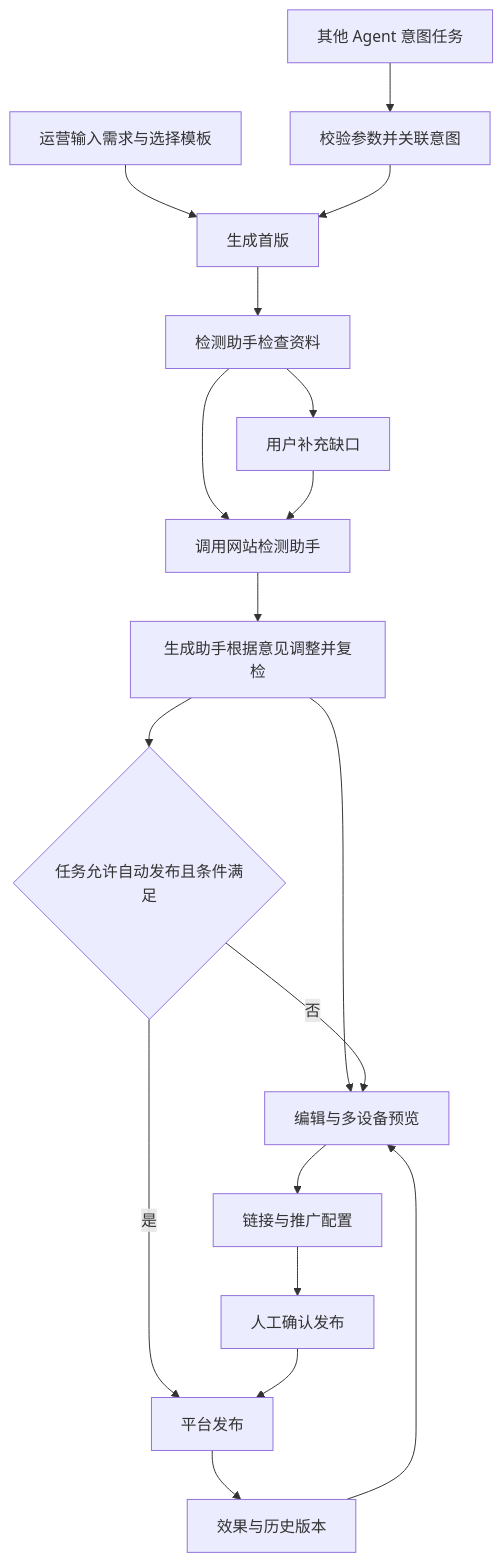
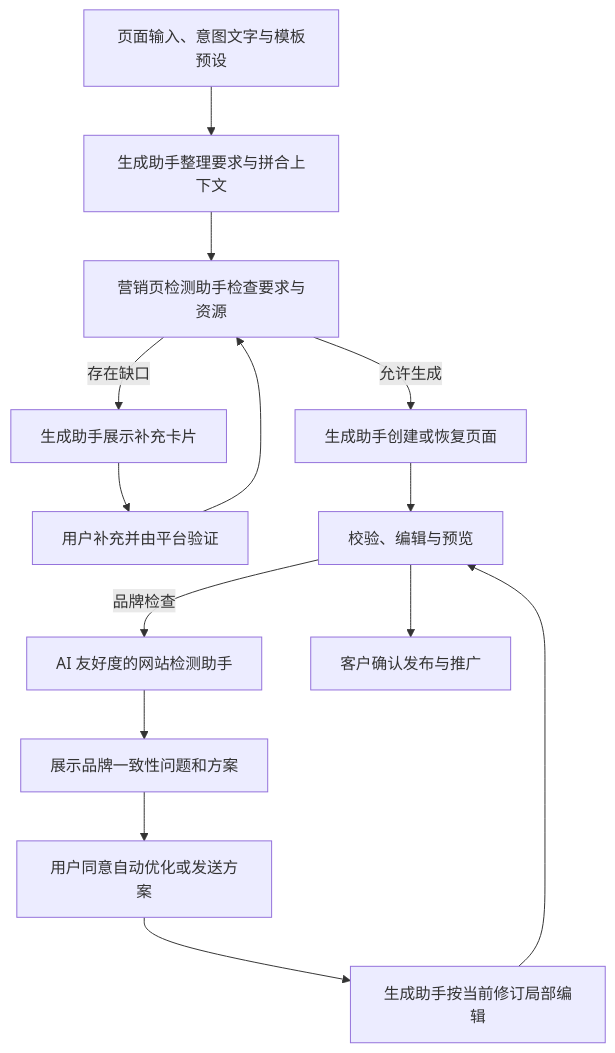
Before and after one commit to ce-bj/growth-engine: the first of 4 diagrams in marketing-frontend/docs/AI营销落地页-产品设计.md, drawn with Mermaid. The commit also changed other lines of this file and 56 other files, not shown here.

````diff
--- a/marketing-frontend/docs/AI营销落地页-产品设计.md
+++ b/marketing-frontend/docs/AI营销落地页-产品设计.md
@@ -44,20 +58,16 @@
 ```mermaid
 flowchart TD
- M[运营输入需求与选择模板] --> G[生成首版]
- I[其他 Agent 意图任务] --> V[校验参数并关联意图]
- V --> G
- G --> K[检测助手检查资料]
- K --> W[调用网站检测助手]
- K --> U[用户补充缺口]
- U --> W
- W --> O[生成助手根据意见调整并复检]
- O --> E[编辑与多设备预览]
- E --> P[链接与推广配置]
- P --> H[人工确认发布]
- O --> A{任务允许自动发布且条件满足}
- A -->|是| R[平台发布]
- A -->|否| E
- H --> R
- R --> D[效果与历史版本]
- D --> E
+ A[页面输入、意图文字与模板预设] --> G[生成助手整理要求与拼合上下文]
+ G --> C[营销页检测助手检查要求与资源]
+ C -->|存在缺口| U[生成助手展示补充卡片]
+ U --> R[用户补充并由平台验证]
+ R --> C
+ C -->|允许生成| D[生成助手创建或恢复页面]
+ D --> V[校验、编辑与预览]
+ V -->|品牌检查| B[AI 友好度的网站检测助手]
+ B --> S[展示品牌一致性问题和方案]
+ S --> K[用户同意自动优化或发送方案]
+ K --> E[生成助手按当前修订局部编辑]
+ E --> V
+ V --> P[客户确认发布与推广]
 ```
````
